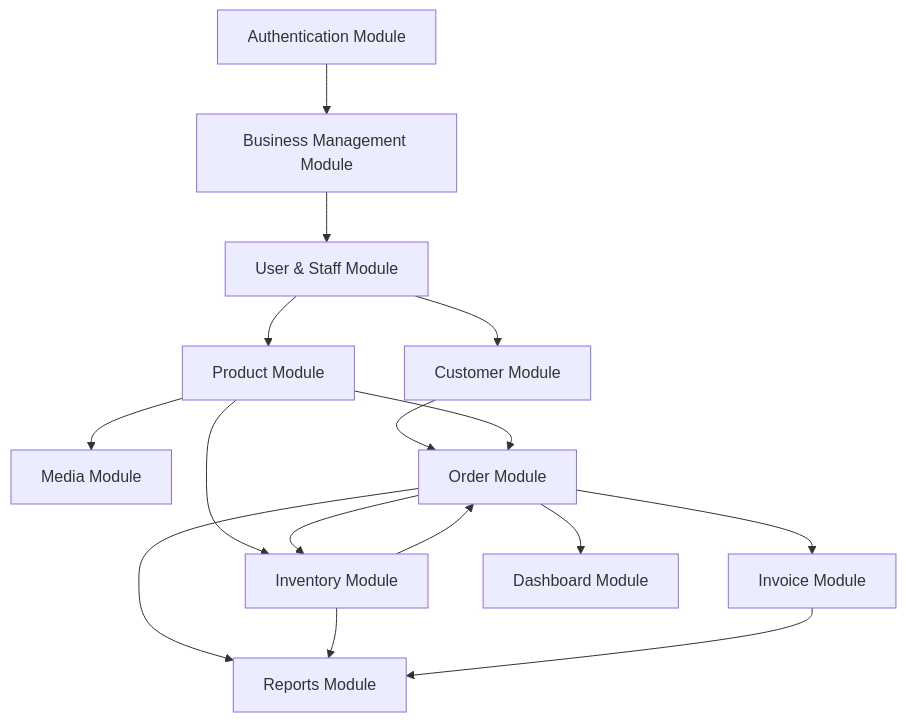
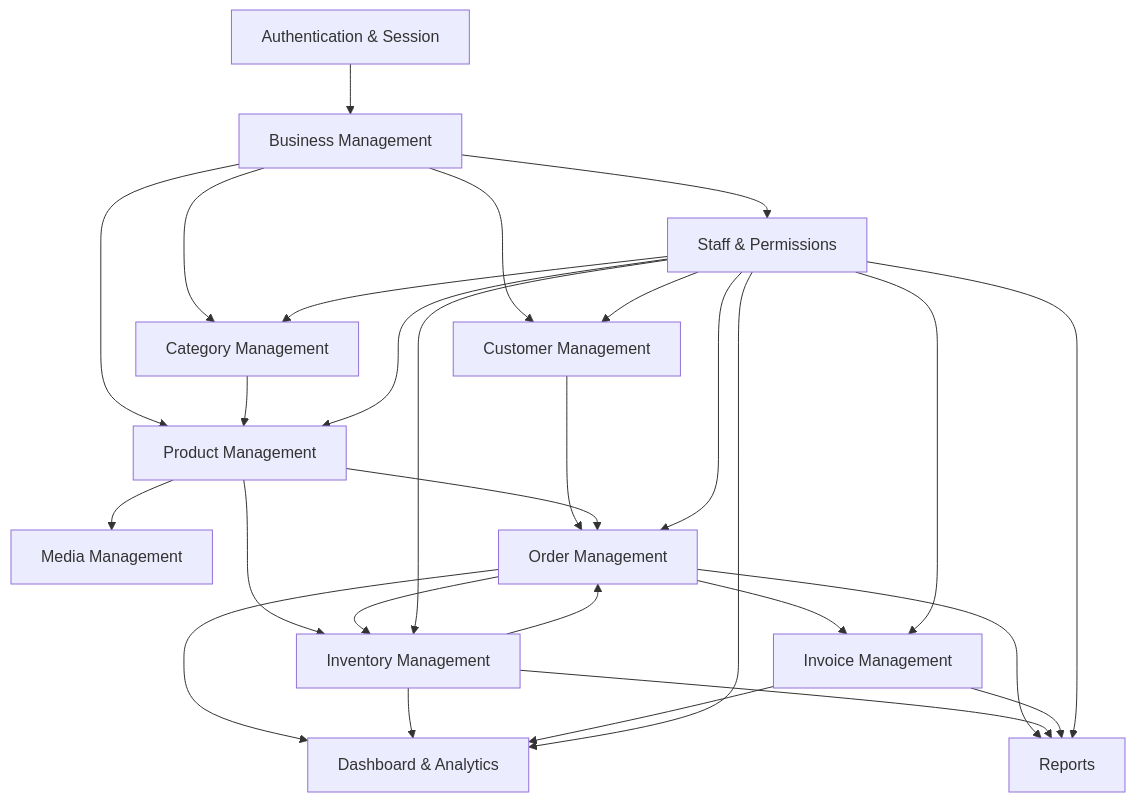
Before and after one commit to salih-x-tech/bizflow: the third of 7 diagrams in PROJECT.md, drawn with Mermaid. The commit also changed other lines of this file, not shown here.

Commit message:
Replace old SRS with revised BizFlow requirements

````diff
--- a/PROJECT.md
+++ b/PROJECT.md
@@ -195,18 +587,31 @@
 ```mermaid
 graph TD
-    AUTH[Authentication Module] --> BIZ[Business Management Module]
-    BIZ --> STAFF[User & Staff Module]
-    STAFF --> CUST[Customer Module]
-    STAFF --> PROD[Product Module]
-    PROD --> MEDIA[Media Module]
-    PROD --> INV[Inventory Module]
-    CUST --> ORD[Order Module]
+    AUTH[Authentication & Session] --> BIZ[Business Management]
+    BIZ --> STAFF[Staff & Permissions]
+    BIZ --> CUST[Customer Management]
+    BIZ --> CAT[Category Management]
+    BIZ --> PROD[Product Management]
+    CAT --> PROD
+    PROD --> MEDIA[Media Management]
+    PROD --> INV[Inventory Management]
+    CUST --> ORD[Order Management]
     PROD --> ORD
     INV --> ORD
     ORD --> INV
-    ORD --> INVOICE[Invoice Module]
-    ORD --> DASH[Dashboard Module]
-    ORD --> REP[Reports Module]
+    ORD --> INVOICE[Invoice Management]
+    ORD --> DASH[Dashboard & Analytics]
+    INV --> DASH
+    INVOICE --> DASH
+    ORD --> REP[Reports]
     INV --> REP
     INVOICE --> REP
+    STAFF --> CUST
+    STAFF --> CAT
+    STAFF --> PROD
+    STAFF --> INV
+    STAFF --> ORD
+    STAFF --> INVOICE
+    STAFF --> REP
+    STAFF --> DASH
+
 ```
````
